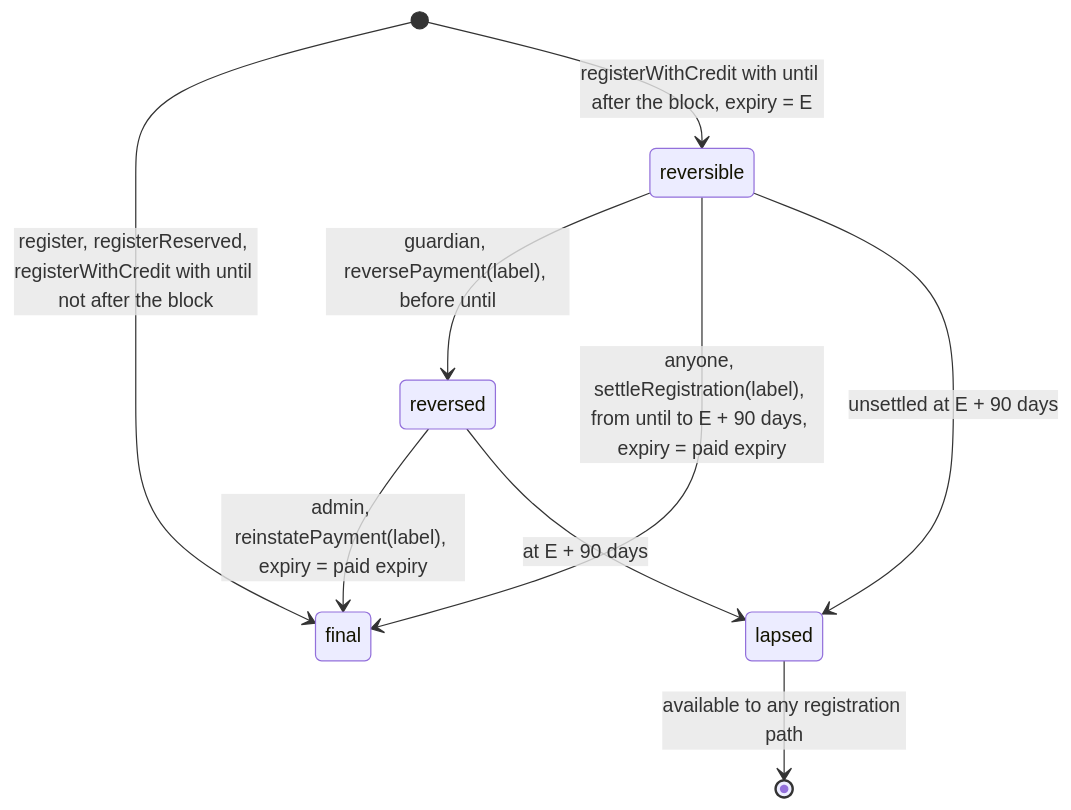
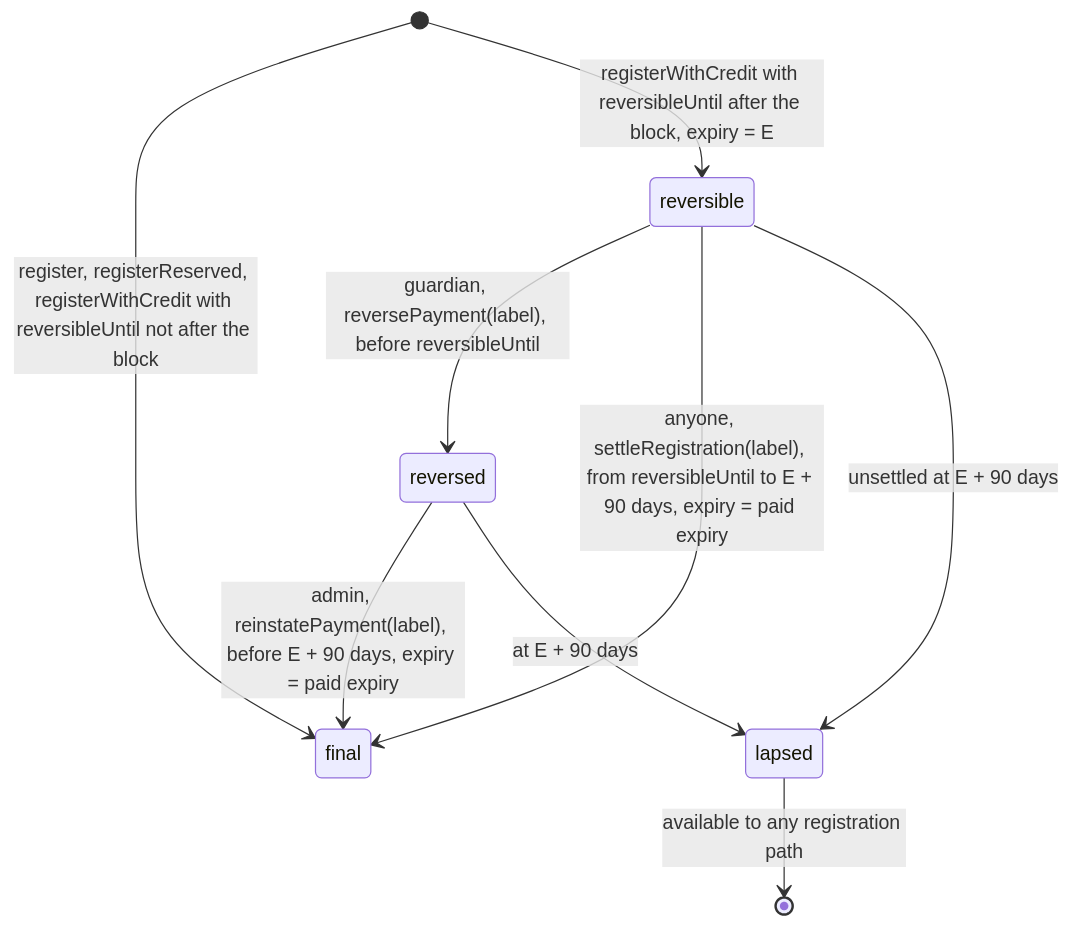
Before and after one commit to brenzi-agent/simplex-namespace-contract: the first of 6 diagrams in docs/plans/payment-reversal.md, drawn with Mermaid. The commit also changed other lines of this file, not shown here.

````diff
--- a/docs/plans/payment-reversal.md
+++ b/docs/plans/payment-reversal.md
@@ -52,11 +53,11 @@
 ```mermaid
 stateDiagram-v2
-  [*] --> final: register, registerReserved, registerWithCredit with until not after the block
-  [*] --> reversible: registerWithCredit with until after the block, expiry = E
-  reversible --> reversed: guardian, reversePayment(label), before until
-  reversed --> final: admin, reinstatePayment(label), expiry = paid expiry
-  reversible --> final: anyone, settleRegistration(label), from until to E + 90 days, expiry = paid expiry
+  [*] --> final: register, registerReserved, registerWithCredit with reversibleUntil not after the block
+  [*] --> reversible: registerWithCredit with reversibleUntil after the block, expiry = E
+  reversible --> reversed: guardian, reversePayment(label), before reversibleUntil
+  reversed --> final: admin, reinstatePayment(label), before E + 90 days, expiry = paid expiry
+  reversible --> final: anyone, settleRegistration(label), from reversibleUntil to E + 90 days, expiry = paid expiry
   reversible --> lapsed: unsettled at E + 90 days
   reversed --> lapsed: at E + 90 days
   lapsed --> [*]: available to any registration path
 ```
````
